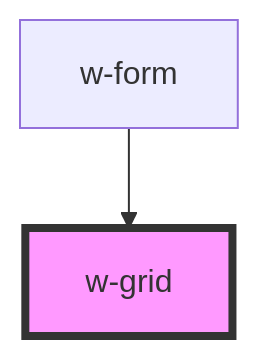
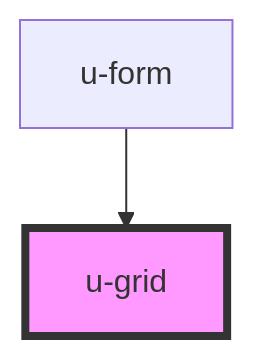
One commit to theUrbans/uniform changed the diagram in src/components/u-grid/readme.md. Above: the diagram before and after it, drawn with Mermaid. The commit also changed other lines of this file and 13 other files, not shown here.

````diff
--- a/src/components/u-grid/readme.md
+++ b/src/components/u-grid/readme.md
@@ -27,5 +27,5 @@
 ```mermaid
 graph TD;
-  w-form --> w-grid
-  style w-grid fill:#f9f,stroke:#333,stroke-width:4px
+  u-form --> u-grid
+  style u-grid fill:#f9f,stroke:#333,stroke-width:4px
 ```
````
